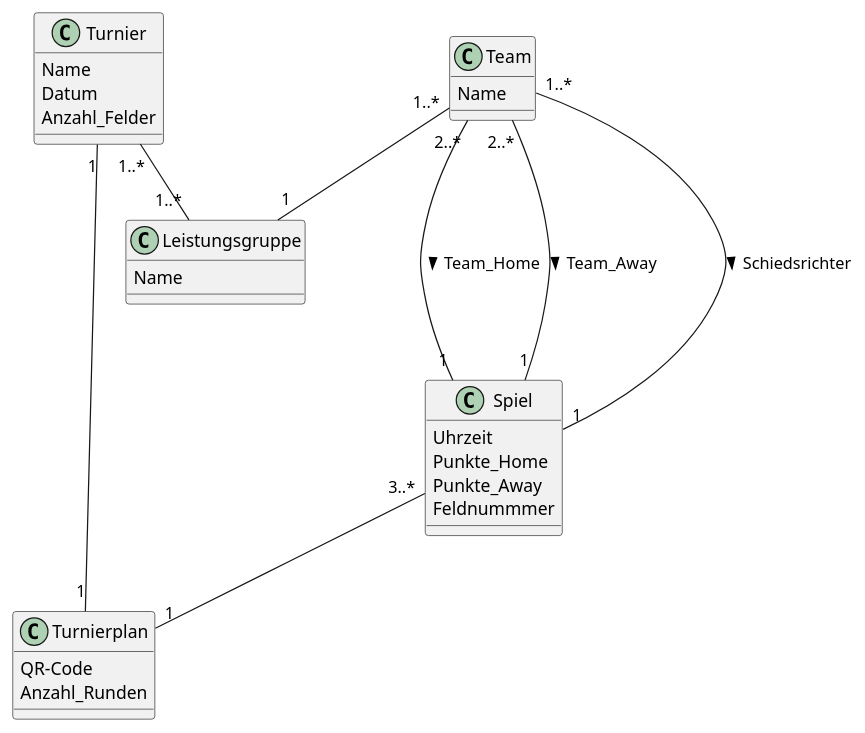
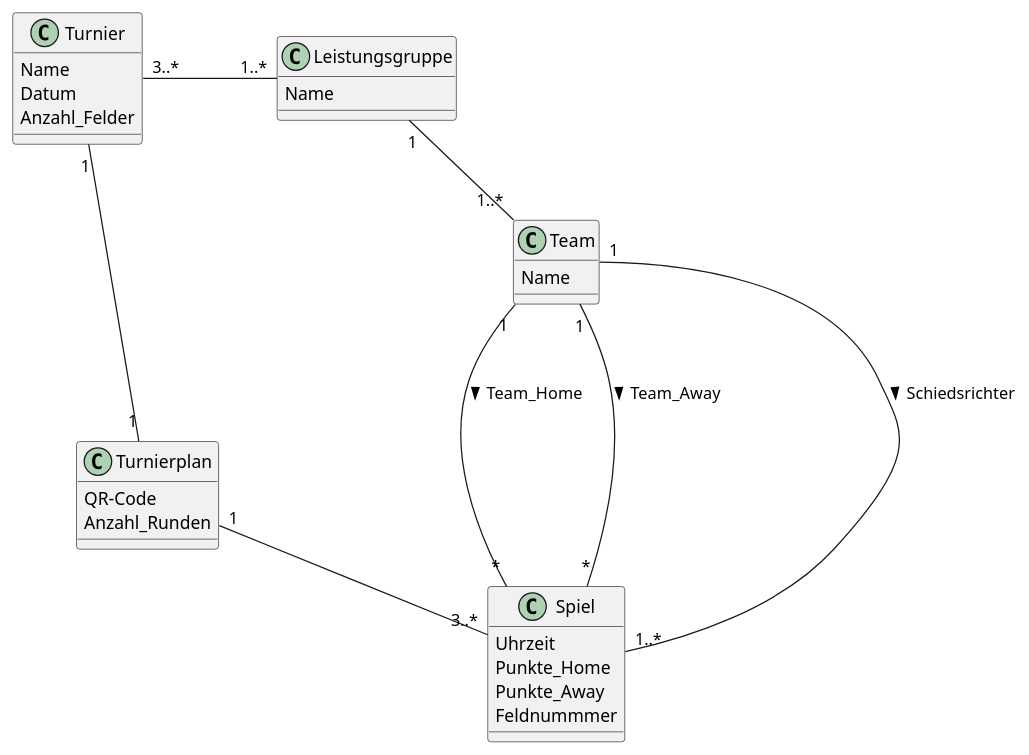
One commit to franz-starke/TourneyLab changed the diagram in docs/requirements/plantuml/domain_model.puml. Above: the diagram before and after it, drawn with PlantUML.

Commit message:
domain model weitergemacht

```diff
--- a/docs/requirements/plantuml/domain_model.puml
+++ b/docs/requirements/plantuml/domain_model.puml
@@ -1,40 +1,42 @@
-@startuml syntax-example
+@startuml domain_model
+
+skinparam nodesep 100
+skinparam Ranksep 60
 
 ' Klassen
 class Turnier {
   Name
   Datum
   Anzahl_Felder
 }
 
 class Leistungsgruppe {
   Name
 
 }
 
 class Spiel {
   Uhrzeit
   Punkte_Home
   Punkte_Away
   Feldnummmer
 }
 
 class Team {
   Name
 }
 
 class Turnierplan {
   QR-Code
   Anzahl_Runden
 }
 
-Turnier "1..*" -- "1..*" Leistungsgruppe
-Turnier "1" -- "1" Turnierplan
-Spiel "3..*" -- "1" Turnierplan
-Team    "1..*" -- "1" Leistungsgruppe
-Team    "1..*" -- "1" Spiel : Schiedsrichter >
-Team    "2..*" --- "1" Spiel : Team_Home >
-Team    "2..*" -- "1" Spiel : Team_Away >
-
+Turnier "3..*" -right- "1..*" Leistungsgruppe
+Turnier "1"    -down--  "1" Turnierplan
+Team    "1..*" -up- "1" Leistungsgruppe
+Team    "1" -down-- "1..*" Spiel : Schiedsrichter >
+Team    "1" -down- "*" Spiel : Team_Home >
+Team    "1" -down- "*" Spiel : Team_Away >
+Spiel   "3..*" -left- "1" Turnierplan
 
 @enduml
```
